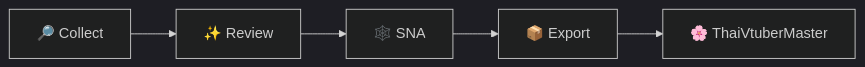
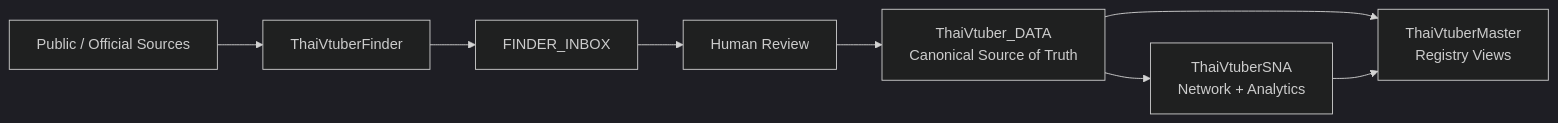
The diagram in README.md (Icezaza2543/ThaiVtuberSNA), drawn with Mermaid (dark theme) before and after one commit. The commit also changed other lines of this file, not shown here.

Commit message:
docs: align README with Finder canonical Master architecture

````diff
--- a/README.md
+++ b/README.md
@@ -29,7 +29,10 @@
 ```mermaid
 flowchart LR
-    A["🔎 Collect"] --> B["✨ Review"]
-    B --> C["🕸️ SNA"]
-    C --> D["📦 Export"]
-    D --> E["🌸 ThaiVtuberMaster"]
+    A["Public / Official Sources"] --> B["ThaiVtuberFinder"]
+    B --> C["FINDER_INBOX"]
+    C --> D["Human Review"]
+    D --> E["ThaiVtuber_DATA<br/>Canonical Source of Truth"]
+    E --> F["ThaiVtuberSNA<br/>Network + Analytics"]
+    E --> G["ThaiVtuberMaster<br/>Registry Views"]
+    F --> G
 ```
````
